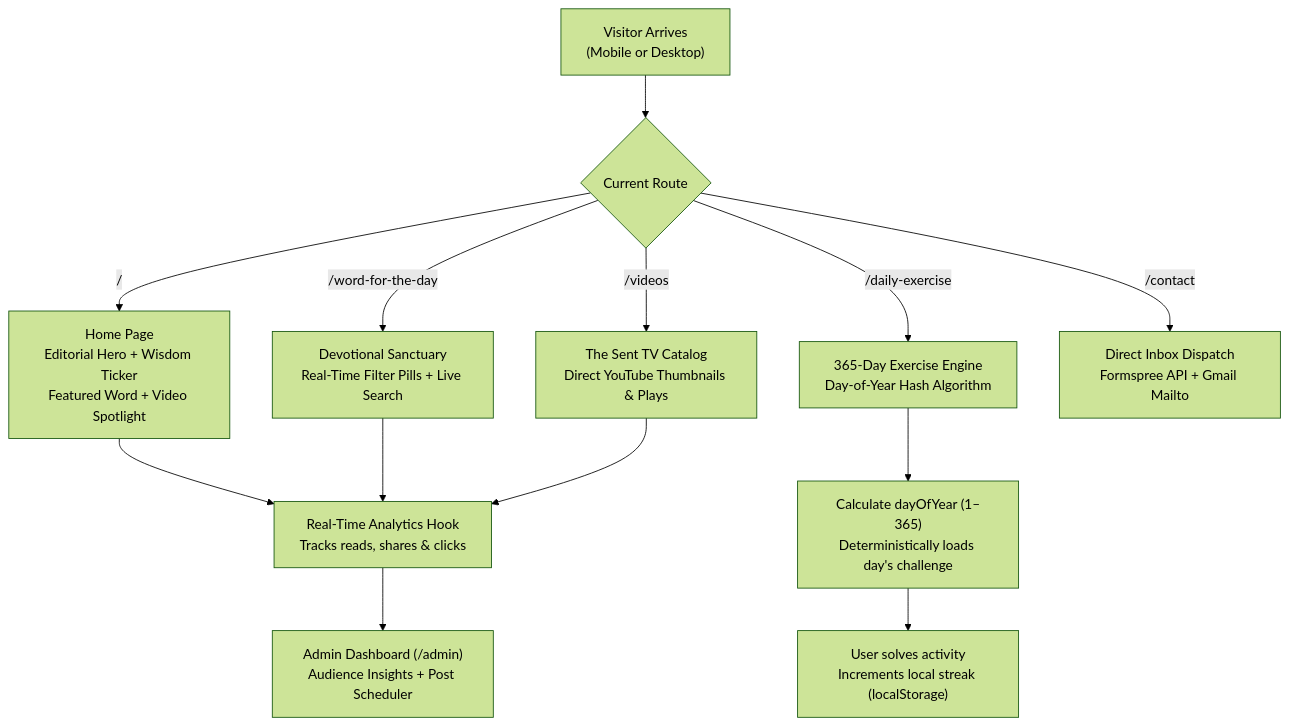
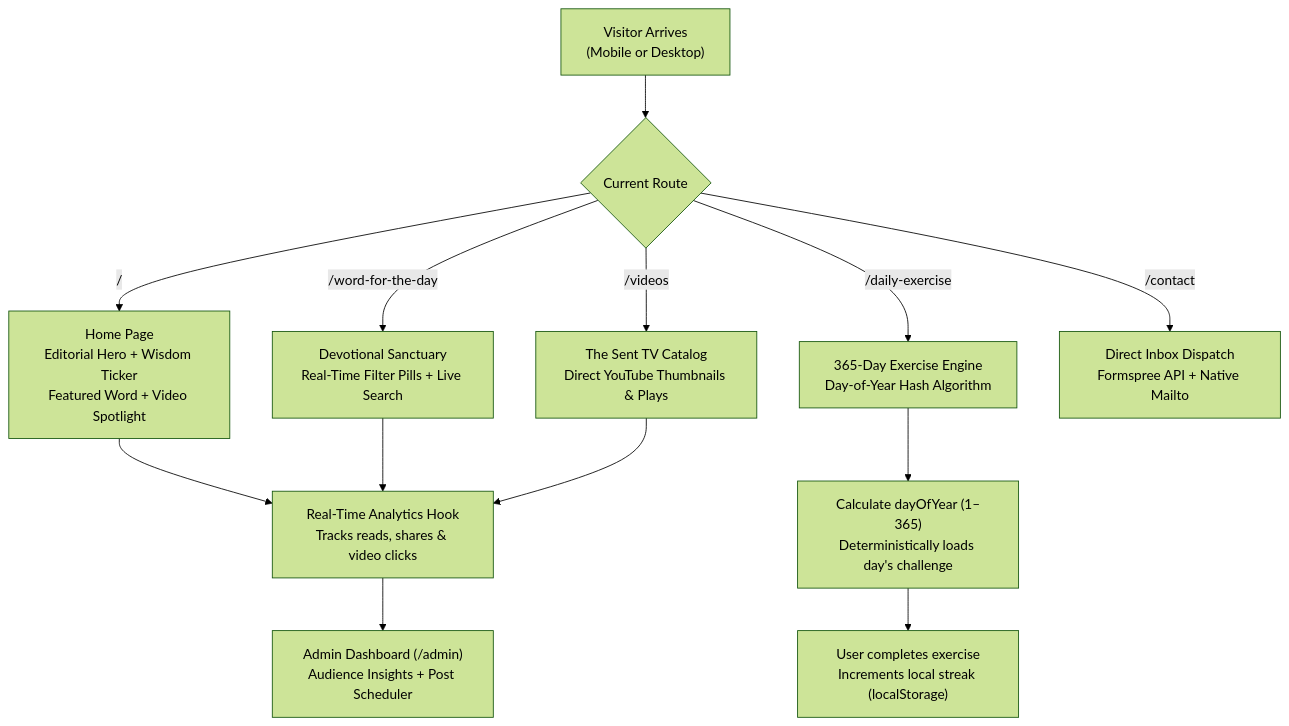
Before and after one commit to Peaceyy28/Graced-Relationship-Recipe: the diagram in README.md, drawn with Mermaid (forest theme). The commit also changed other lines of this file, not shown here.

````diff
--- a/README.md
+++ b/README.md
@@ -39,16 +39,16 @@
 ```mermaid
 flowchart TD
     A["Visitor Arrives<br/>(Mobile or Desktop)"] --> B{"Current Route"}
     
     B -->|"/"| C["Home Page<br/>Editorial Hero + Wisdom Ticker<br/>Featured Word + Video Spotlight"]
     B -->|"/word-for-the-day"| D["Devotional Sanctuary<br/>Real-Time Filter Pills + Live Search"]
     B -->|"/daily-exercise"| E["365-Day Exercise Engine<br/>Day-of-Year Hash Algorithm"]
     B -->|"/videos"| F["The Sent TV Catalog<br/>Direct YouTube Thumbnails & Plays"]
-    B -->|"/contact"| G["Direct Inbox Dispatch<br/>Formspree API + Gmail Mailto"]
+    B -->|"/contact"| G["Direct Inbox Dispatch<br/>Formspree API + Native Mailto"]
     
     E --> H["Calculate dayOfYear (1–365)<br/>Deterministically loads day's challenge"]
-    H --> I["User solves activity<br/>Increments local streak (localStorage)"]
+    H --> I["User completes exercise<br/>Increments local streak (localStorage)"]
     
-    C & D & F --> J["Real-Time Analytics Hook<br/>Tracks reads, shares & clicks"]
+    C & D & F --> J["Real-Time Analytics Hook<br/>Tracks reads, shares & video clicks"]
     J --> K["Admin Dashboard (/admin)<br/>Audience Insights + Post Scheduler"]
 ```
````
